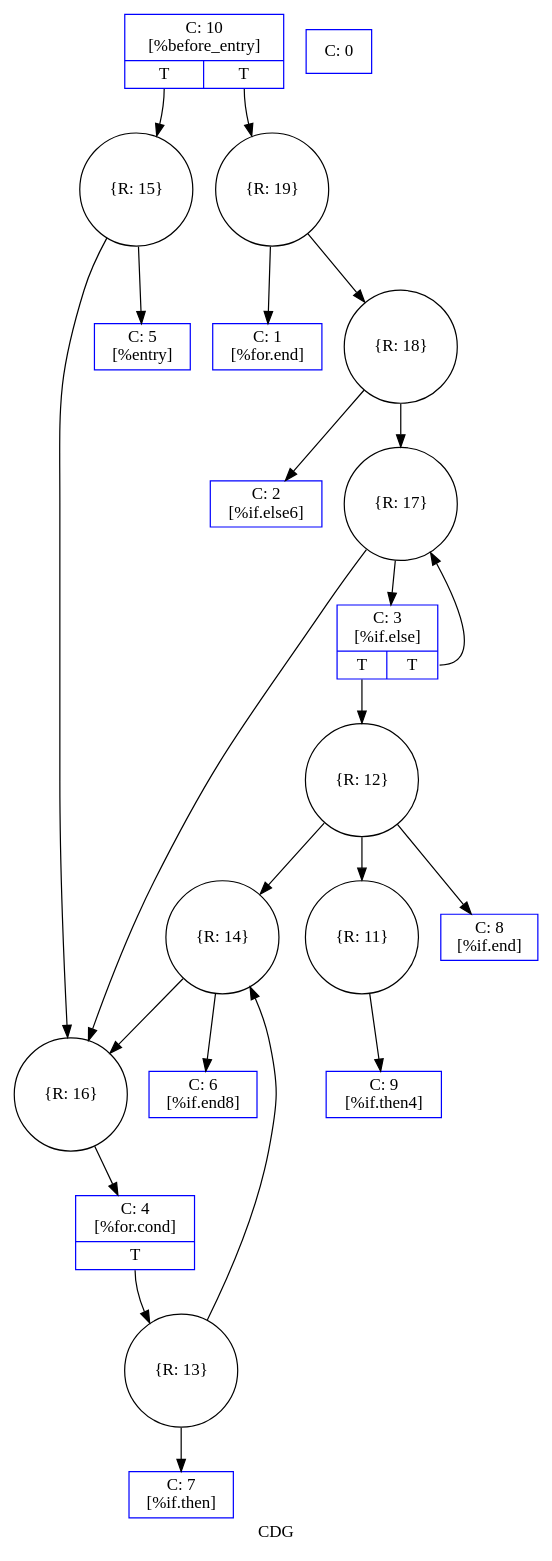
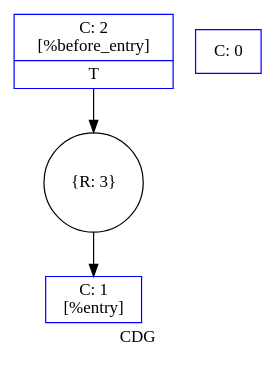
One commit to Kiprey/CDG-ConstructionAlgorithm changed the diagram in examples/test1/cdg_after_mergeR.dot. Above: the diagram before and after it, drawn with Graphviz. The commit also changed 9 other files, not shown here.

```diff
--- a/examples/test1/cdg_after_mergeR.dot
+++ b/examples/test1/cdg_after_mergeR.dot
@@ -1,46 +1,10 @@
 digraph "CDG" {
 	label="CDG";
 
-	Node0xec2e40 [shape=record,shape=circle,label="{R: 19}"];
-	Node0xec2e40 -> Node0xeaa060;
-	Node0xec2e40 -> Node0xec2d10;
-	Node0xec2d10 [shape=record,shape=circle,label="{R: 18}"];
-	Node0xec2d10 -> Node0xeaf6c0;
-	Node0xec2d10 -> Node0xec2be0;
-	Node0xec2be0 [shape=record,shape=circle,label="{R: 17}"];
-	Node0xec2be0 -> Node0xeaf7a0;
-	Node0xec2be0 -> Node0xec2ab0;
-	Node0xec2ab0 [shape=record,shape=circle,label="{R: 16}"];
-	Node0xec2ab0 -> Node0xeaf880;
-	Node0xec2980 [shape=record,shape=circle,label="{R: 15}"];
-	Node0xec2980 -> Node0xeaf960;
-	Node0xec2980 -> Node0xec2ab0;
-	Node0xec2850 [shape=record,shape=circle,label="{R: 14}"];
-	Node0xec2850 -> Node0xeafa40;
-	Node0xec2850 -> Node0xec2ab0;
-	Node0xec2780 [shape=record,shape=circle,label="{R: 13}"];
-	Node0xec2780 -> Node0xeafb20;
-	Node0xec2780 -> Node0xec2850;
-	Node0xea9fe0 [shape=record,color=blue,label="{C: 0 \n}"];
-	Node0xeaa060 [shape=record,color=blue,label="{C: 1 \n[%for.end]\n}"];
-	Node0xeaf6c0 [shape=record,color=blue,label="{C: 2 \n[%if.else6]\n}"];
-	Node0xeaf7a0 [shape=record,color=blue,label="{C: 3 \n[%if.else]\n|{<s0>T|<s1>T}}"];
-	Node0xeaf7a0:s0 -> Node0xec26e0[collor=blue];
-	Node0xeaf7a0:s1 -> Node0xec2be0[collor=blue];
-	Node0xeaf880 [shape=record,color=blue,label="{C: 4 \n[%for.cond]\n|{<s0>T}}"];
-	Node0xeaf880:s0 -> Node0xec2780[collor=blue];
-	Node0xeaf960 [shape=record,color=blue,label="{C: 5 \n[%entry]\n}"];
-	Node0xeafa40 [shape=record,color=blue,label="{C: 6 \n[%if.end8]\n}"];
-	Node0xeafb20 [shape=record,color=blue,label="{C: 7 \n[%if.then]\n}"];
-	Node0xeafc00 [shape=record,color=blue,label="{C: 8 \n[%if.end]\n}"];
-	Node0xeafce0 [shape=record,color=blue,label="{C: 9 \n[%if.then4]\n}"];
-	Node0xeafdc0 [shape=record,color=blue,label="{C: 10 \n[%before_entry]\n|{<s0>T|<s1>T}}"];
-	Node0xeafdc0:s0 -> Node0xec2980[collor=blue];
-	Node0xeafdc0:s1 -> Node0xec2e40[collor=blue];
-	Node0xeb1cb0 [shape=record,shape=circle,label="{R: 11}"];
-	Node0xeb1cb0 -> Node0xeafce0;
-	Node0xec26e0 [shape=record,shape=circle,label="{R: 12}"];
-	Node0xec26e0 -> Node0xeafc00;
-	Node0xec26e0 -> Node0xeb1cb0;
-	Node0xec26e0 -> Node0xec2850;
+	Node0x2919cb0 [shape=record,shape=circle,label="{R: 3}"];
+	Node0x2919cb0 -> Node0x2914060;
+	Node0x29196f0 [shape=record,color=blue,label="{C: 2 \n[%before_entry]\n|{<s0>T}}"];
+	Node0x29196f0:s0 -> Node0x2919cb0[collor=blue];
+	Node0x2914060 [shape=record,color=blue,label="{C: 1 \n[%entry]\n}"];
+	Node0x2913fe0 [shape=record,color=blue,label="{C: 0 \n}"];
 }
```
